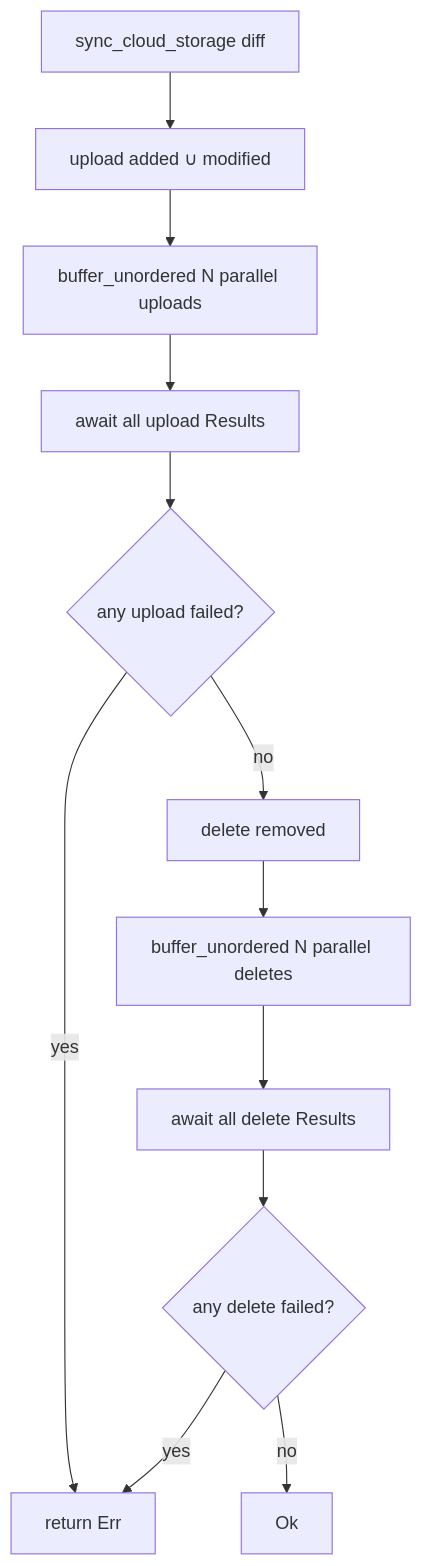
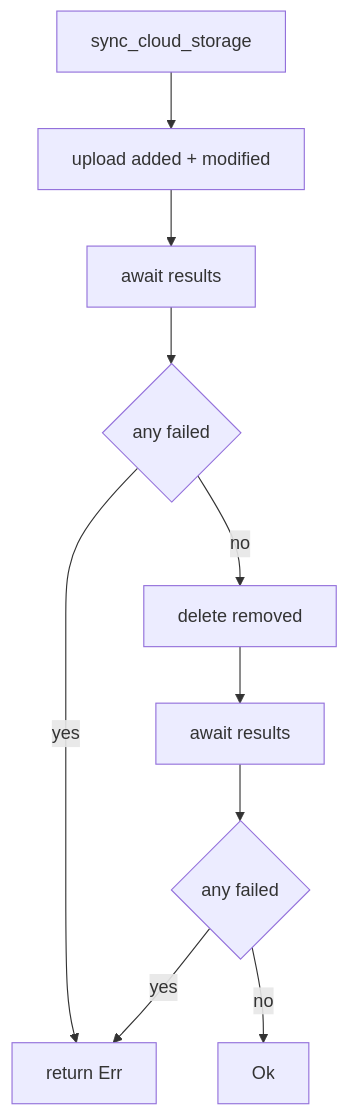
The fifth of 5 diagrams in crates/rescan/docs/flows.md (Lighty-Launcher/LightyUpdater), drawn with Mermaid before and after one commit. The commit also changed other lines of this file and 22 other files, not shown here.

First line of the commit message:
Simplify per-crate docs + harden mermaid for GitBook

````diff
--- a/crates/rescan/docs/flows.md
+++ b/crates/rescan/docs/flows.md
@@ -162,14 +112,12 @@
 ```mermaid
 flowchart TD
-    Start[sync_cloud_storage diff] --> Upload[upload added ∪ modified]
-    Upload --> P1[buffer_unordered N parallel uploads]
-    P1 --> Wait1[await all upload Results]
-    Wait1 --> Err1{any upload failed?}
+    Start[sync_cloud_storage] --> Up[upload added + modified]
+    Up --> Wait1[await results]
+    Wait1 --> Err1{any failed}
     Err1 -->|yes| Bail[return Err]
-    Err1 -->|no| Delete[delete removed]
-    Delete --> P2[buffer_unordered N parallel deletes]
-    P2 --> Wait2[await all delete Results]
-    Wait2 --> Err2{any delete failed?}
+    Err1 -->|no| Del[delete removed]
+    Del --> Wait2[await results]
+    Wait2 --> Err2{any failed}
     Err2 -->|yes| Bail
-    Err2 -->|no| OK[Ok]
+    Err2 -->|no| Ok
 ```
````
